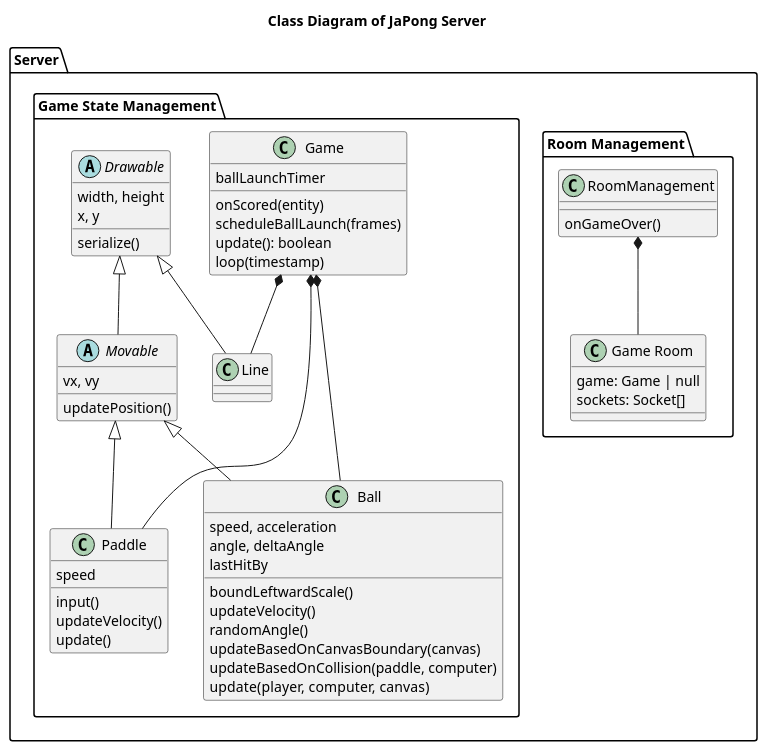
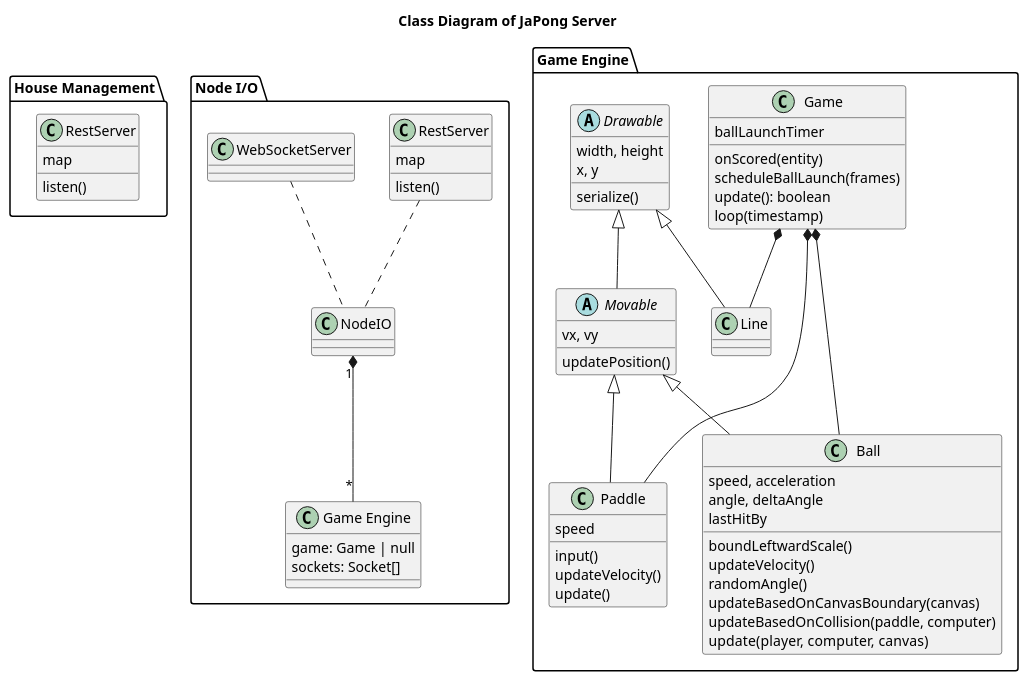
One commit to uztbt/japong-design changed the diagram in uml/classServer.plantuml. Above: the diagram before and after it, drawn with PlantUML. The commit also changed 1 other file, not shown here.

Commit message:
Update class diagrams

```diff
--- a/uml/classServer.plantuml
+++ b/uml/classServer.plantuml
@@ -1,73 +1,85 @@
 @startuml
 
 title "Class Diagram of JaPong Server"
 
-package Server {
-    package "Room Management" as RoomManagement {
-        class RoomManagement {
-            onGameOver()
-        }
-        class "Game Room" as GameRoom {
-            game: Game | null
-            sockets: Socket[]
-        }
-        RoomManagement *-- GameRoom
-    }
-    package "Game State Management" as GameStateManagement {
-        class Game {
-        ballLaunchTimer
-        onScored(entity)
-        scheduleBallLaunch(frames)
-        update(): boolean
-        loop(timestamp)
-        }
-
-        class Paddle {
-        speed
-        input()
-        updateVelocity()
-        update()
-        }
-
-        class Ball {
-        speed, acceleration
-        angle, deltaAngle
-        lastHitBy
-        boundLeftwardScale()
-        ' boundRightwardScale()
-        updateVelocity()
-        randomAngle()
-        ' flipHorizontally()
-        ' boundByCollision(paddle)
-        updateBasedOnCanvasBoundary(canvas)
-        updateBasedOnCollision(paddle, computer)
-        update(player, computer, canvas)
-        }
-
-        class Line {
-        }
-
-        abstract "Drawable"  as DrawableServer {
-        width, height
-        x, y
-        serialize()
-        }
-
-        abstract Movable {
-        vx, vy
-        updatePosition()
-        }
-
-        Game *--- Paddle
-        Game *--- Ball
-        Game *-- Line
-
-        DrawableServer <|-- Movable
-        DrawableServer <|-- Line
-
-        Movable <|-- Paddle
-        Movable <|-- Ball
+package "House Management" as HouseManagement {
+    class "RestServer" as RestServerHM {
+        map
+        listen()
     }
 }
 
+package "Node I/O" as NodeIO {
+    class "RestServer" as RestServerRM {
+        map
+        listen()
+    }
+    RestServerRM .. NodeIO
+    
+    class WebSocketServer
+    WebSocketServer .. NodeIO
+
+    class "Game Engine" as GameEngine {
+        game: Game | null
+        sockets: Socket[]
+    }
+    NodeIO "1" *-- "*" GameEngine
+}
+package "Game Engine" as GameStateManagement {
+    class Game {
+    ballLaunchTimer
+    onScored(entity)
+    scheduleBallLaunch(frames)
+    update(): boolean
+    loop(timestamp)
+    }
+
+    class Paddle {
+    speed
+    input()
+    updateVelocity()
+    update()
+    }
+
+    class Ball {
+    speed, acceleration
+    angle, deltaAngle
+    lastHitBy
+    boundLeftwardScale()
+    ' boundRightwardScale()
+    updateVelocity()
+    randomAngle()
+    ' flipHorizontally()
+    ' boundByCollision(paddle)
+    updateBasedOnCanvasBoundary(canvas)
+    updateBasedOnCollision(paddle, computer)
+    update(player, computer, canvas)
+    }
+
+    class Line {
+    }
+
+    abstract "Drawable"  as DrawableServer {
+    width, height
+    x, y
+    serialize()
+    }
+
+    abstract Movable {
+    vx, vy
+    updatePosition()
+    }
+
+    Game *--- Paddle
+    Game *--- Ball
+    Game *-- Line
+
+    DrawableServer <|-- Movable
+    DrawableServer <|-- Line
+
+    Movable <|-- Paddle
+    Movable <|-- Ball
+}
+
+
 @enduml
```
